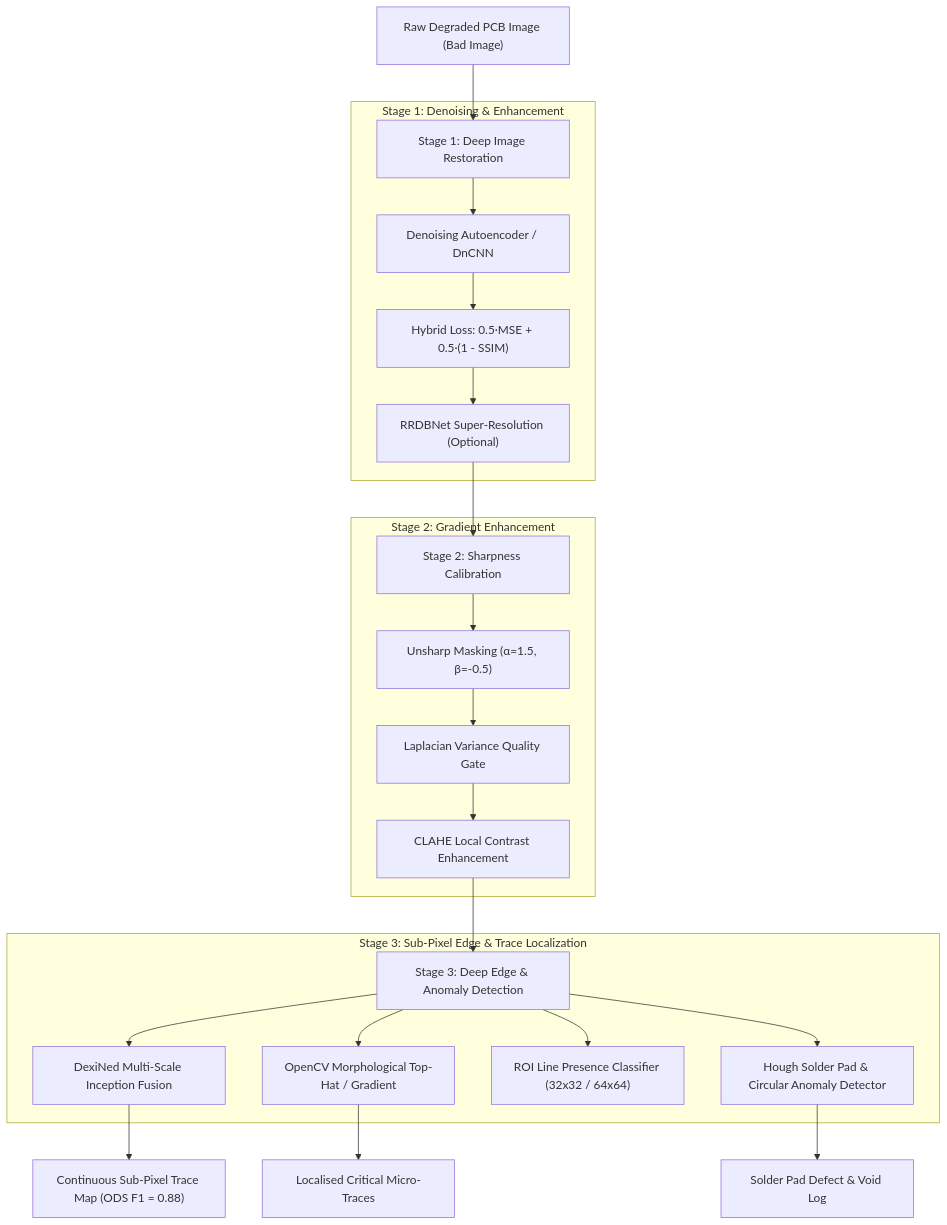
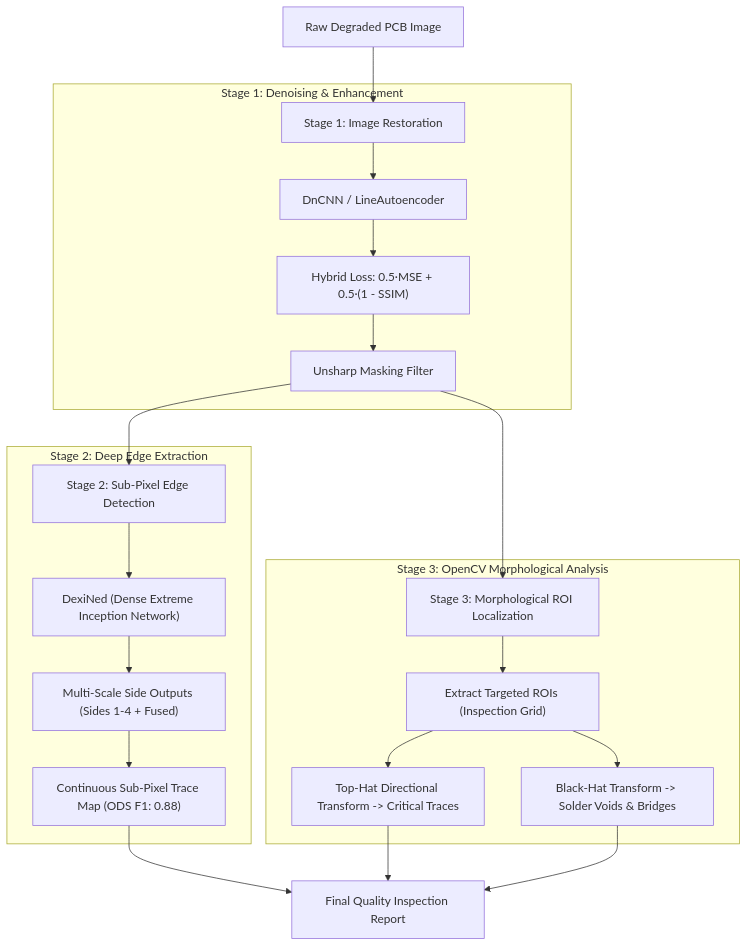
The diagram in README.md (DevanSF07/ai-edge-detection), drawn with Mermaid before and after one commit. The commit also changed other lines of this file and 24 other files, not shown here.

Commit message:
Strictly align codebase with CV: retain only DnCNN, Autoencoders, DexiNed, and morphological ROIs

````diff
--- a/README.md
+++ b/README.md
@@ -45,31 +44,28 @@
 ```mermaid
 flowchart TD
-    A["Raw Degraded PCB Image (Bad Image)"] --> B["Stage 1: Deep Image Restoration"]
+    A["Raw Degraded PCB Image"] --> B["Stage 1: Image Restoration"]
     
     subgraph S1["Stage 1: Denoising & Enhancement"]
-        B --> B1["Denoising Autoencoder / DnCNN"]
+        B --> B1["DnCNN / LineAutoencoder"]
         B1 --> B2["Hybrid Loss: 0.5·MSE + 0.5·(1 - SSIM)"]
-        B2 --> B3["RRDBNet Super-Resolution (Optional)"]
+        B2 --> B3["Unsharp Masking Filter"]
     end
     
-    B3 --> C["Stage 2: Sharpness Calibration"]
-    
-    subgraph S2["Stage 2: Gradient Enhancement"]
-        C --> C1["Unsharp Masking (α=1.5, β=-0.5)"]
-        C1 --> C2["Laplacian Variance Quality Gate"]
-        C2 --> C3["CLAHE Local Contrast Enhancement"]
+    B3 --> C["Stage 2: Sub-Pixel Edge Detection"]
+    subgraph S2["Stage 2: Deep Edge Extraction"]
+        C --> C1["DexiNed (Dense Extreme Inception Network)"]
+        C1 --> C2["Multi-Scale Side Outputs (Sides 1-4 + Fused)"]
+        C2 --> C3["Continuous Sub-Pixel Trace Map (ODS F1: 0.88)"]
     end
     
-    C3 --> D["Stage 3: Deep Edge & Anomaly Detection"]
-    
-    subgraph S3["Stage 3: Sub-Pixel Edge & Trace Localization"]
-        D --> D1["DexiNed Multi-Scale Inception Fusion"]
-        D --> D2["OpenCV Morphological Top-Hat / Gradient"]
-        D --> D3["ROI Line Presence Classifier (32x32 / 64x64)"]
-        D --> D4["Hough Solder Pad & Circular Anomaly Detector"]
+    B3 --> D["Stage 3: Morphological ROI Localization"]
+    subgraph S3["Stage 3: OpenCV Morphological Analysis"]
+        D --> D1["Extract Targeted ROIs (Inspection Grid)"]
+        D1 --> D2["Top-Hat Directional Transform -> Critical Traces"]
+        D1 --> D3["Black-Hat Transform -> Solder Voids & Bridges"]
     end
     
-    D1 --> E["Continuous Sub-Pixel Trace Map (ODS F1 = 0.88)"]
-    D2 --> F["Localised Critical Micro-Traces"]
-    D4 --> G["Solder Pad Defect & Void Log"]
+    C3 --> E["Final Quality Inspection Report"]
+    D2 --> E
+    D3 --> E
 ```
````
